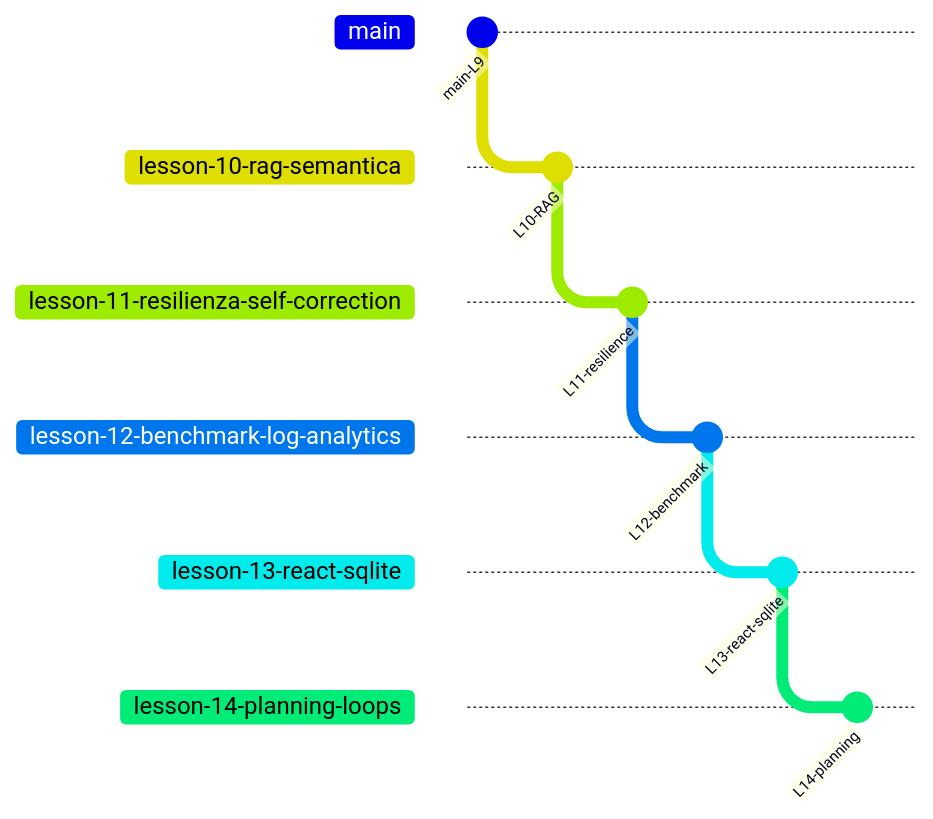
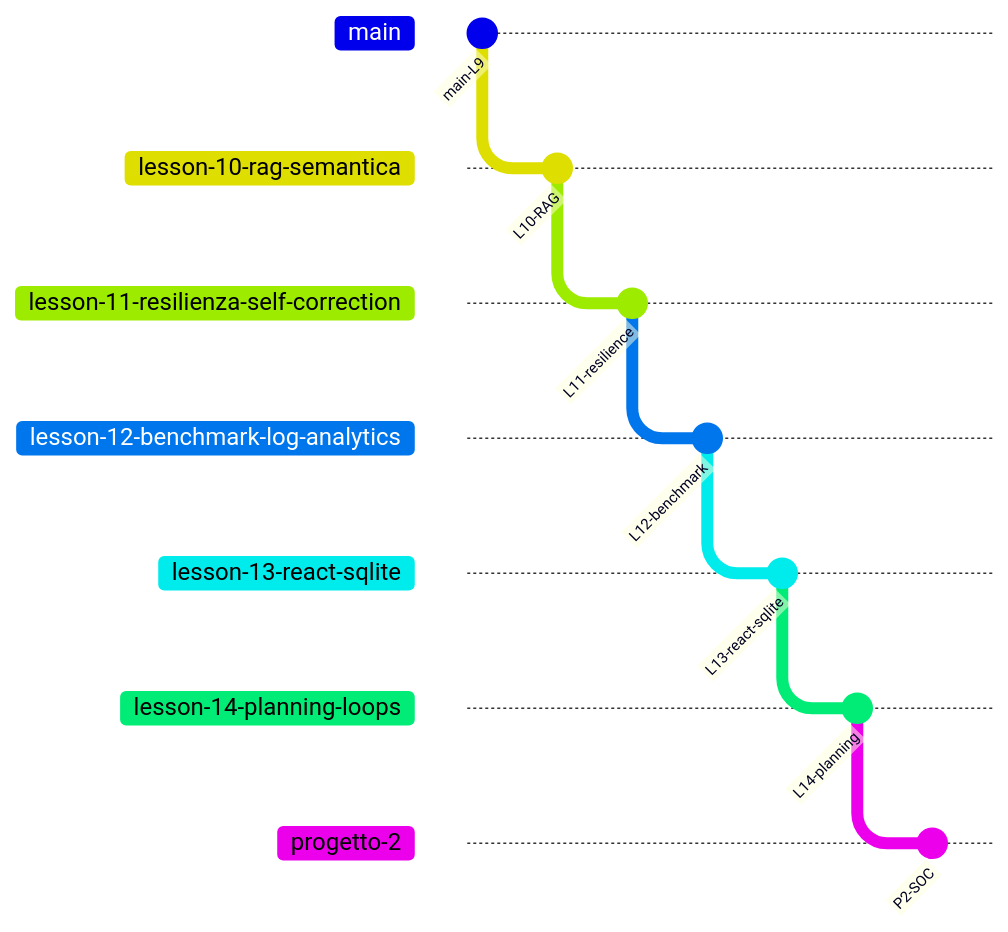
The diagram in docs/CORSO_LEZIONI.md (Impesud/agentic-triage-system), drawn with Mermaid before and after one commit. The commit also changed other lines of this file and 5 other files, not shown here.

First line of the commit message:
docs(progetto-2): allinea README, corso e manuali alla soluzione SOC

````diff
--- a/docs/CORSO_LEZIONI.md
+++ b/docs/CORSO_LEZIONI.md
@@ -17,19 +18,22 @@
 ```mermaid
 gitGraph
   commit id: "main-L9"
   branch lesson-10-rag-semantica
   checkout lesson-10-rag-semantica
   commit id: "L10-RAG"
   branch lesson-11-resilienza-self-correction
   checkout lesson-11-resilienza-self-correction
   commit id: "L11-resilience"
   branch lesson-12-benchmark-log-analytics
   checkout lesson-12-benchmark-log-analytics
   commit id: "L12-benchmark"
   branch lesson-13-react-sqlite
   checkout lesson-13-react-sqlite
   commit id: "L13-react-sqlite"
   branch lesson-14-planning-loops
   checkout lesson-14-planning-loops
   commit id: "L14-planning"
+  branch progetto-2
+  checkout progetto-2
+  commit id: "P2-SOC"
 ```
````
